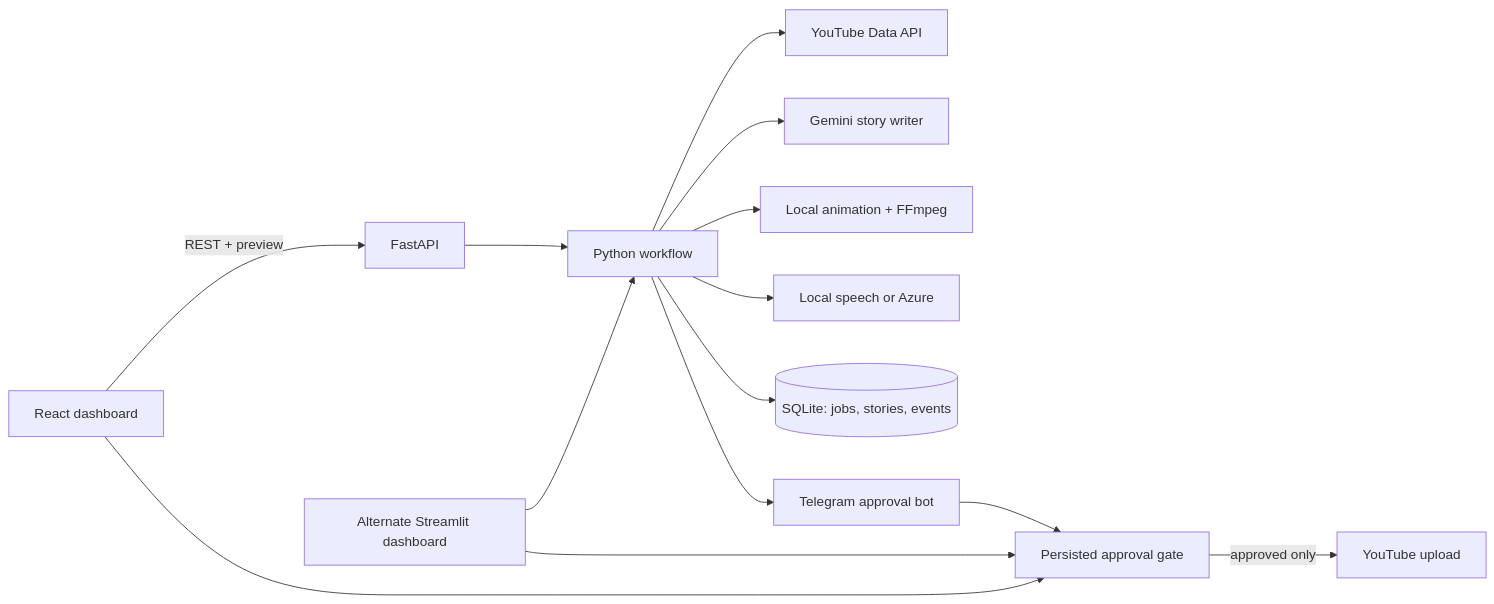
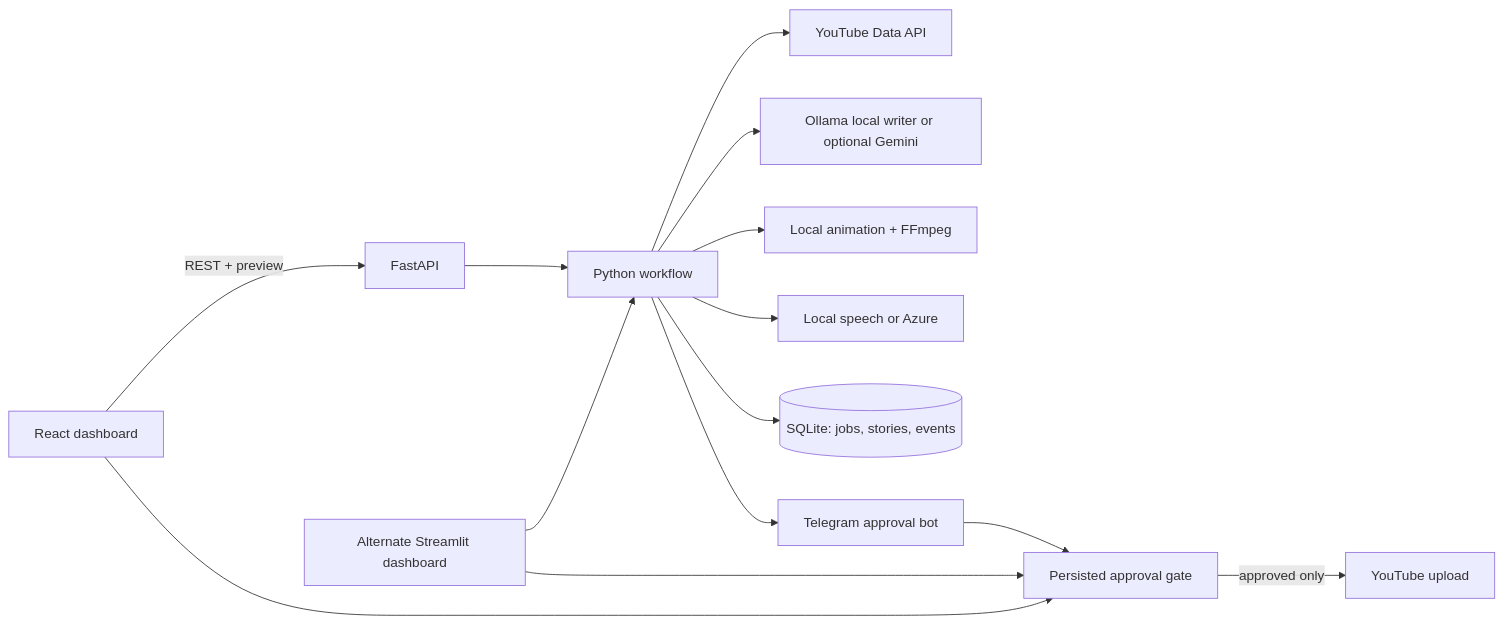
Before and after one commit to jayasri-stack/AI-automation-project: the diagram in docs/ARCHITECTURE.md, drawn with Mermaid. The commit also changed other lines of this file and 9 other files, not shown here.

Commit message:
feat: use local Ollama for story generation by default

````diff
--- a/docs/ARCHITECTURE.md
+++ b/docs/ARCHITECTURE.md
@@ -5,16 +5,16 @@
 ```mermaid
 flowchart LR
   Browser[React dashboard] -->|REST + preview| API[FastAPI]
   Streamlit[Alternate Streamlit dashboard] --> Workflow[Python workflow]
   API --> Workflow
   Workflow --> Research[YouTube Data API]
-  Workflow --> Writer[Gemini story writer]
+  Workflow --> Writer[Ollama local writer or optional Gemini]
   Workflow --> Media[Local animation + FFmpeg]
   Workflow --> Speech[Local speech or Azure]
   Workflow --> DB[(SQLite: jobs, stories, events)]
   Telegram[Telegram approval bot] --> Approval[Persisted approval gate]
   Browser --> Approval
   Streamlit --> Approval
   Approval -->|approved only| Upload[YouTube upload]
   Workflow --> Telegram
 ```
````
